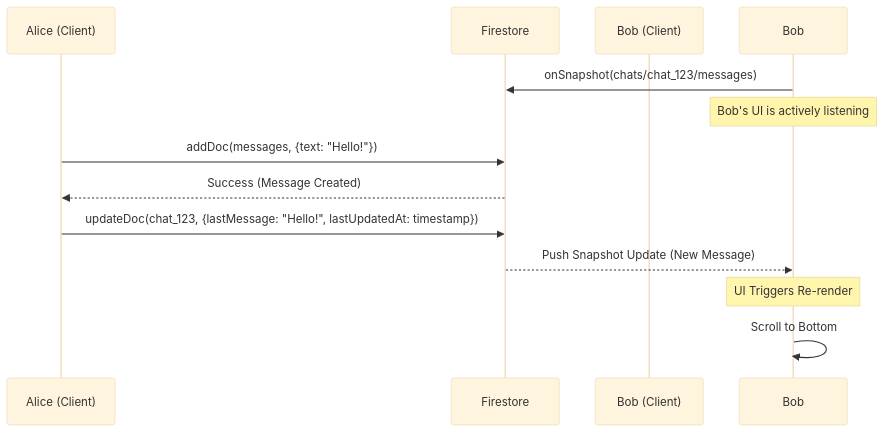
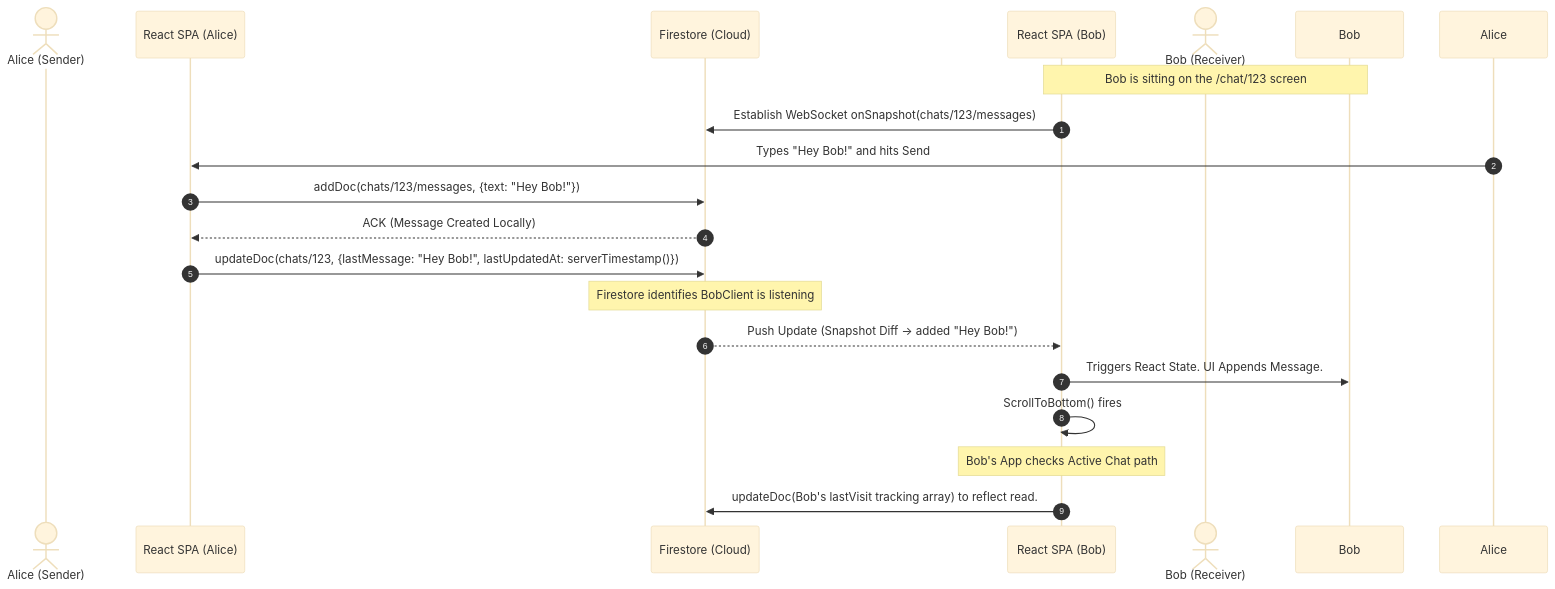
One commit to Bad087/CampusAlert101 changed the fifth of 7 diagrams in README.md. Above: the diagram before and after it, drawn with Mermaid (base theme). The commit also changed other lines of this file, not shown here.

````diff
--- a/README.md
+++ b/README.md
@@ -223,18 +336,28 @@
 ```mermaid
 sequenceDiagram
-    participant UserA as Alice (Client)
-    participant Firestore
-    participant UserB as Bob (Client)
+    autonumber
+    actor Alice (Sender)
+    participant AliceClient as React SPA (Alice)
+    participant FS as Firestore (Cloud)
+    participant BobClient as React SPA (Bob)
+    actor Bob (Receiver)
 
-    Bob->>Firestore: onSnapshot(chats/chat_123/messages)
-    Note over Bob: Bob's UI is actively listening
-    
-    UserA->>Firestore: addDoc(messages, {text: "Hello!"})
-    Firestore-->>UserA: Success (Message Created)
-    
-    UserA->>Firestore: updateDoc(chat_123, {lastMessage: "Hello!", lastUpdatedAt: timestamp})
-    
-    Firestore-->>Bob: Push Snapshot Update (New Message)
-    Note over Bob: UI Triggers Re-render
-    Bob->>Bob: Scroll to Bottom
+    Note over Bob, BobClient: Bob is sitting on the /chat/123 screen
+    BobClient->>FS: Establish WebSocket onSnapshot(chats/123/messages)
+
+    Alice->>AliceClient: Types "Hey Bob!" and hits Send
+    AliceClient->>FS: addDoc(chats/123/messages, {text: "Hey Bob!"})
+
+    FS-->>AliceClient: ACK (Message Created Locally)
+
+    AliceClient->>FS: updateDoc(chats/123, {lastMessage: "Hey Bob!", lastUpdatedAt: serverTimestamp()})
+
+    Note over FS: Firestore identifies BobClient is listening
+    FS-->>BobClient: Push Update (Snapshot Diff -> added "Hey Bob!")
+
+    BobClient->>Bob: Triggers React State. UI Appends Message.
+    BobClient->>BobClient: ScrollToBottom() fires
+
+    Note over BobClient: Bob's App checks Active Chat path
+    BobClient->>FS: updateDoc(Bob's lastVisit tracking array) to reflect read.
 ```
````
